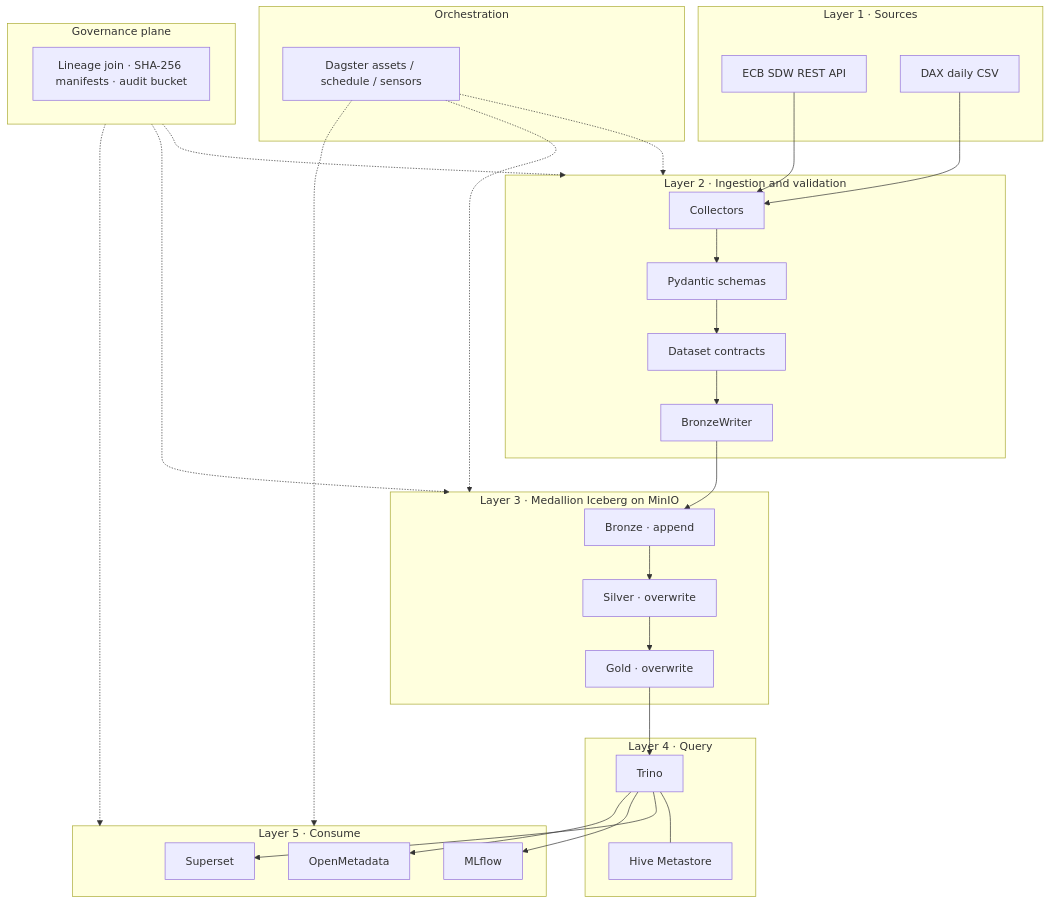
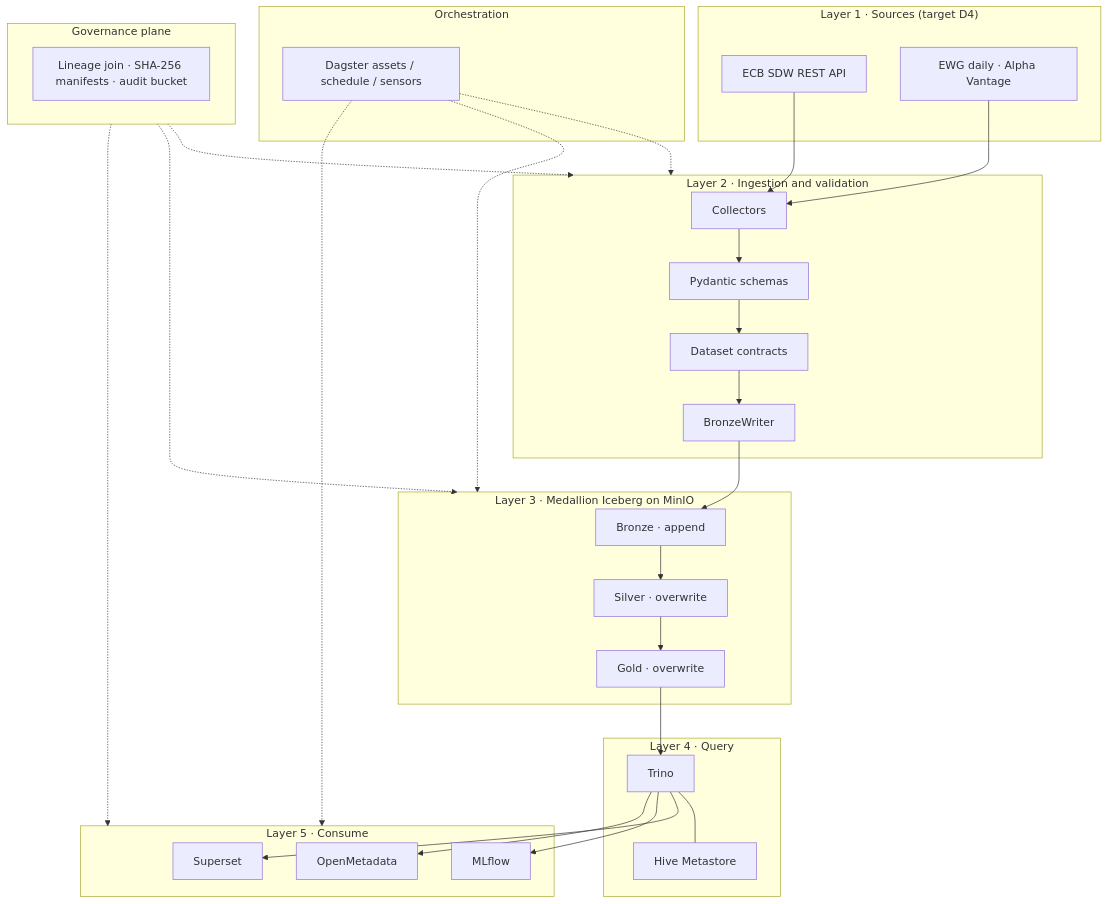
The diagram in docs/architecture.md (Jiahong-Que-9527/SoloLakehouse), drawn with Mermaid before and after one commit. The commit also changed other lines of this file and 14 other files, not shown here.

````diff
--- a/docs/architecture.md
+++ b/docs/architecture.md
@@ -59,56 +60,56 @@
 ```mermaid
 flowchart TB
-  subgraph L1["Layer 1 · Sources"]
+  subgraph L1["Layer 1 · Sources (target D4)"]
     ECB["ECB SDW REST API"]
-    DAX["DAX daily CSV"]
+    EWG["EWG daily · Alpha Vantage"]
   end
 
   subgraph L2["Layer 2 · Ingestion and validation"]
     COL["Collectors"]
     PYD["Pydantic schemas"]
     CTR["Dataset contracts"]
     BW["BronzeWriter"]
     COL --> PYD --> CTR --> BW
   end
 
   subgraph L3["Layer 3 · Medallion Iceberg on MinIO"]
     BR["Bronze · append"]
     SV["Silver · overwrite"]
     GD["Gold · overwrite"]
     BR --> SV --> GD
   end
 
   subgraph L4["Layer 4 · Query"]
     TRINO["Trino"]
     HMS["Hive Metastore"]
     TRINO --- HMS
   end
 
   subgraph L5["Layer 5 · Consume"]
     SUP["Superset"]
     MLF["MLflow"]
     OM["OpenMetadata"]
   end
 
   subgraph ORCH["Orchestration"]
     DG["Dagster assets / schedule / sensors"]
   end
 
   subgraph GOV["Governance plane"]
     EV["Lineage join · SHA-256 manifests · audit bucket"]
   end
 
   ECB --> COL
-  DAX --> COL
+  EWG --> COL
   BW --> BR
   GD --> TRINO
   TRINO --> SUP
   TRINO --> MLF
   TRINO --> OM
   DG -.-> L2
   DG -.-> L3
   DG -.-> L5
   GOV -.-> L2
   GOV -.-> L3
   GOV -.-> L5
 ```
````
